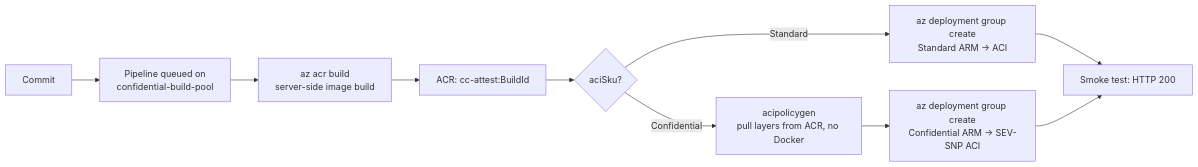
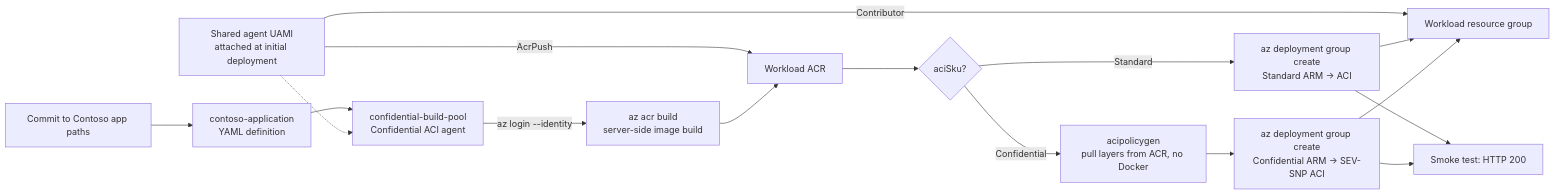
One commit to vinfnet/confidential-computing changed the diagram in usecase-ado-server-iaas/pipelines/visual-attestation-demo/README.md. Above: the diagram before and after it, drawn with Mermaid. The commit also changed other lines of this file and 7 other files, not shown here.

````diff
--- a/usecase-ado-server-iaas/pipelines/visual-attestation-demo/README.md
+++ b/usecase-ado-server-iaas/pipelines/visual-attestation-demo/README.md
@@ -56,12 +56,18 @@
 ```mermaid
 flowchart LR
-    A[Commit] --> B[Pipeline queued on\nconfidential-build-pool]
-    B --> C[az acr build\nserver-side image build]
-    C --> D[ACR: cc-attest:BuildId]
-    D --> E{aciSku?}
+    A["Commit to Contoso app paths"] --> DEF["contoso-application<br/>YAML definition"]
+    DEF --> B["confidential-build-pool<br/>Confidential ACI agent"]
+    MI["Shared agent UAMI<br/>attached at initial deployment"] -.-> B
+    B -->|"az login --identity"| C["az acr build<br/>server-side image build"]
+    MI -->|"AcrPush"| REG["Workload ACR"]
+    MI -->|"Contributor"| RG["Workload resource group"]
+    C --> REG
+    REG --> E{aciSku?}
     E -->|Standard| F[az deployment group create\nStandard ARM -> ACI]
     E -->|Confidential| P[acipolicygen\npull layers from ACR, no Docker]
     P --> Q[az deployment group create\nConfidential ARM -> SEV-SNP ACI]
+    F --> RG
+    Q --> RG
     F --> G[Smoke test: HTTP 200]
     Q --> G
 ```
````
